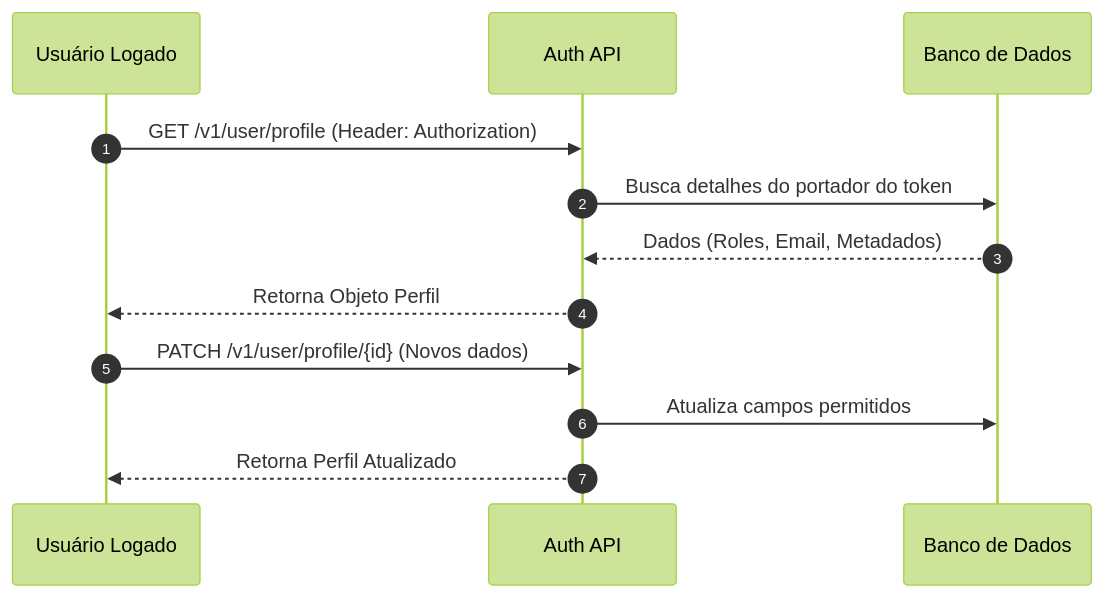
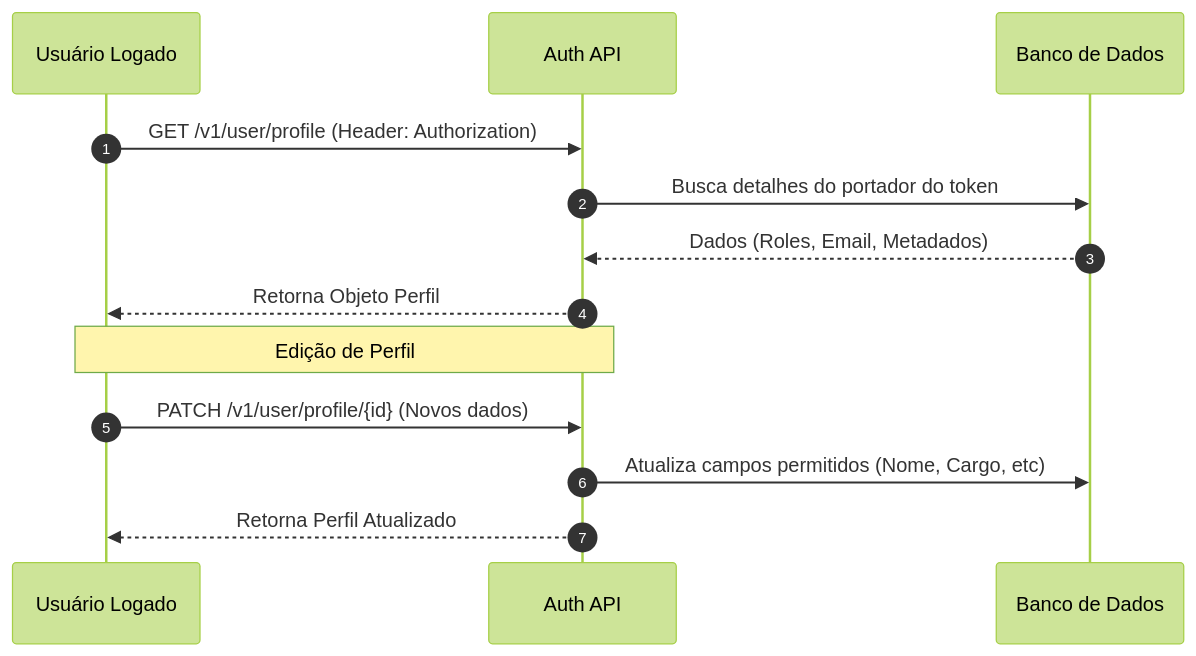
One commit to secexpessoal/auth-server changed the fifth of 5 diagrams in README.md. Above: the diagram before and after it, drawn with Mermaid (forest theme). The commit also changed other lines of this file, not shown here.

Commit message:
[docs]: Atualiza documentação.

````diff
--- a/README.md
+++ b/README.md
@@ -137,16 +147,17 @@
 ```mermaid
 sequenceDiagram
     autonumber
     participant User as Usuário Logado
     participant API as Auth API
     participant DB as Banco de Dados
 
     User->>API: GET /v1/user/profile (Header: Authorization)
     API->>DB: Busca detalhes do portador do token
     DB-->>API: Dados (Roles, Email, Metadados)
     API-->>User: Retorna Objeto Perfil
 
+    Note over User, API: Edição de Perfil
     User->>API: PATCH /v1/user/profile/{id} (Novos dados)
-    API->>DB: Atualiza campos permitidos
+    API->>DB: Atualiza campos permitidos (Nome, Cargo, etc)
     API-->>User: Retorna Perfil Atualizado
 ```
````
